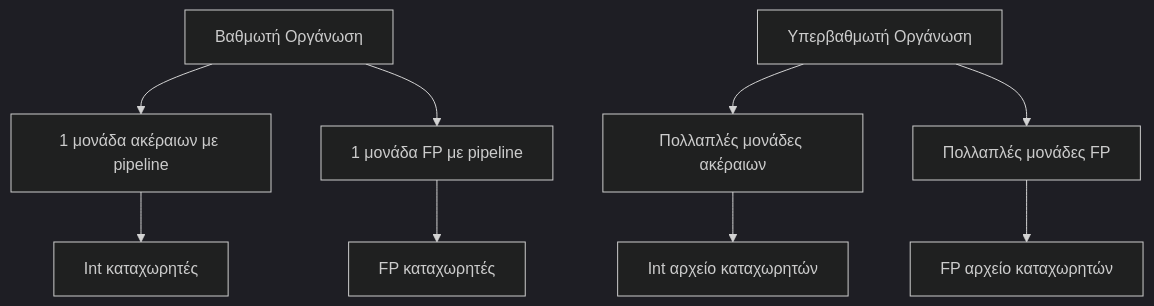
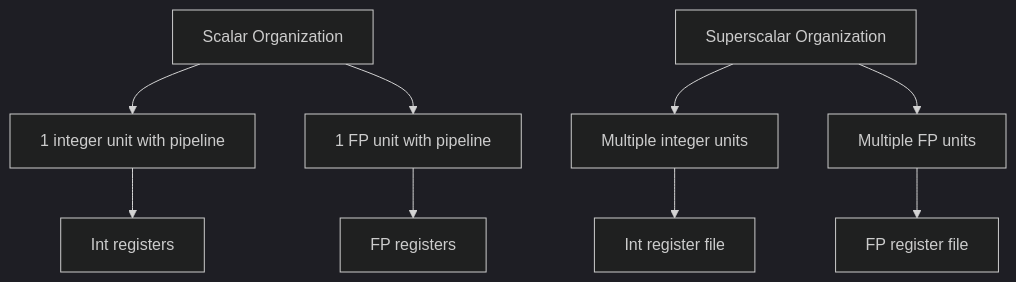
The second of 11 diagrams in Year_2/Semester_3/COMPUTER_ARCHITECTURE/Resources/Notes/Superscalar-Processors-Notes-9.md (PanagopoulosNikolaos/DitOpenNotes), drawn with Mermaid (dark theme) before and after one commit. The commit also changed other lines of this file and 50 other files, not shown here.

````diff
--- a/Year_2/Semester_3/COMPUTER_ARCHITECTURE/Resources/Notes/Superscalar-Processors-Notes-9.md
+++ b/Year_2/Semester_3/COMPUTER_ARCHITECTURE/Resources/Notes/Superscalar-Processors-Notes-9.md
@@ -83,12 +83,12 @@
 ```mermaid
 graph TB
-    S[Βαθμωτή Οργάνωση] --> S_INT[1 μονάδα ακέραιων με pipeline]
-    S --> S_FP[1 μονάδα FP με pipeline]
-    S_INT --> S_REG[Int καταχωρητές]
-    S_FP --> S_REGFP[FP καταχωρητές]
+    S[Scalar Organization] --> S_INT[1 integer unit with pipeline]
+    S --> S_FP[1 FP unit with pipeline]
+    S_INT --> S_REG[Int registers]
+    S_FP --> S_REGFP[FP registers]
 
-    SS[Υπερβαθμωτή Οργάνωση] --> SS_INT[Πολλαπλές μονάδες ακέραιων]
-    SS --> SS_FP[Πολλαπλές μονάδες FP]
-    SS_INT --> SS_REG[Int αρχείο καταχωρητών]
-    SS_FP --> SS_REGFP[FP αρχείο καταχωρητών]
+    SS[Superscalar Organization] --> SS_INT[Multiple integer units]
+    SS --> SS_FP[Multiple FP units]
+    SS_INT --> SS_REG[Int register file]
+    SS_FP --> SS_REGFP[FP register file]
 ```
````
